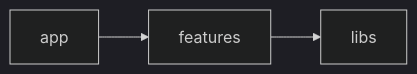
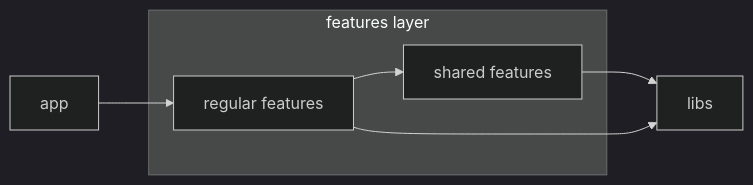
One commit to Vladyslav-Murashchenko/feature-garden changed the diagram in docs/core.md. Above: the diagram before and after it, drawn with Mermaid (dark theme). The commit also changed other lines of this file, not shown here.

Commit message:
Update core.md to remove obsolete dependency rules
Removed outdated dependency rules and diagrams from core documentation.

````diff
--- a/docs/core.md
+++ b/docs/core.md
@@ -105,9 +105,15 @@
 ```mermaid
 graph LR
     libs["libs"]
-    features["features"]
     app["app"]
 
-    features --> libs
-    app --> features
+    subgraph featuresLayer["features layer"]
+        regularFeatures["regular features"]
+        sharedFeatures["shared features"]
+    end
+
+    sharedFeatures --> libs
+    regularFeatures --> sharedFeatures
+    regularFeatures --> libs
+    app --> regularFeatures
 ```
````
